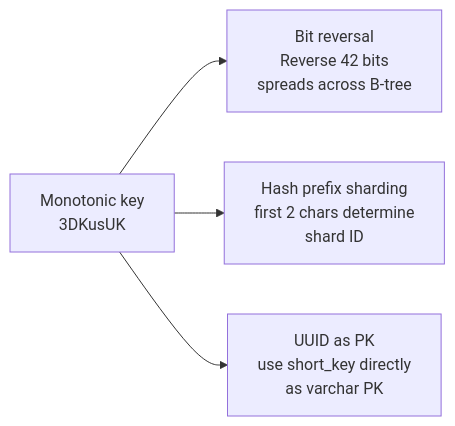
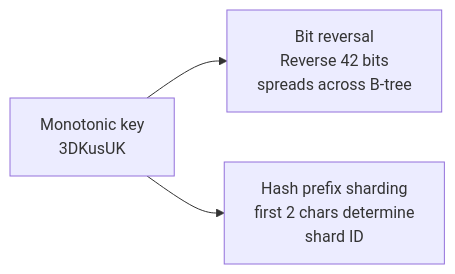
The seventh of 23 diagrams in url-shortener-system-design-1.md (hemantkgupta/url-shortener), drawn with Mermaid before and after one commit. The commit also changed other lines of this file, not shown here.

First line of the commit message:
fix(docs): correct read-path flow in system design — Bloom filter after CDN miss

````diff
--- a/url-shortener-system-design-1.md
+++ b/url-shortener-system-design-1.md
@@ -374,10 +376,8 @@
 ```mermaid
 flowchart LR
     A["Monotonic key<br/>3DKusUK"]
     B["Bit reversal<br/>Reverse 42 bits<br/>spreads across B-tree"]
     C["Hash prefix sharding<br/>first 2 chars determine<br/>shard ID"]
-    D["UUID as PK<br/>use short_key directly<br/>as varchar PK"]
     A --> B
     A --> C
-    A --> D
 ```
````
